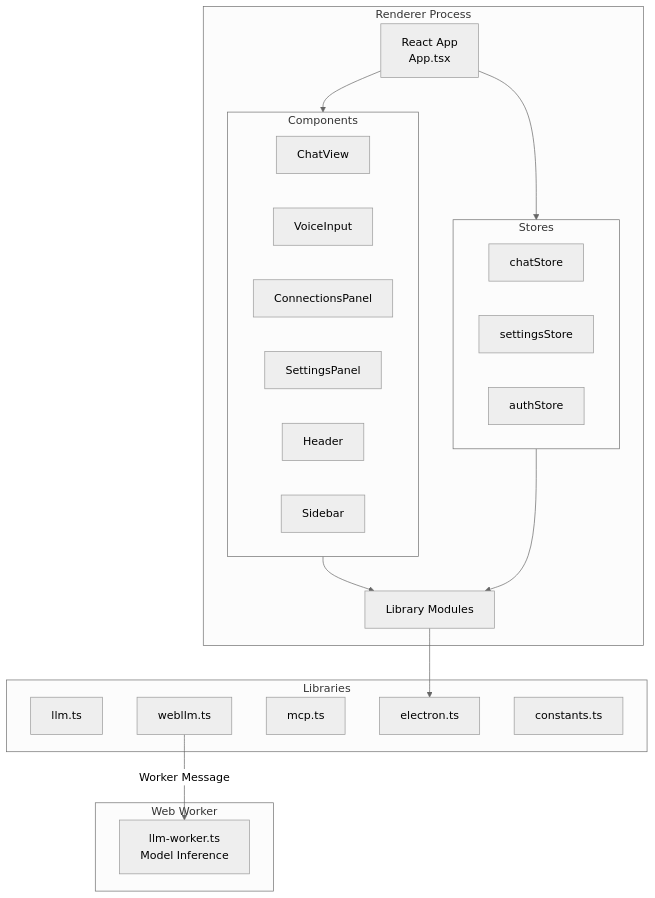
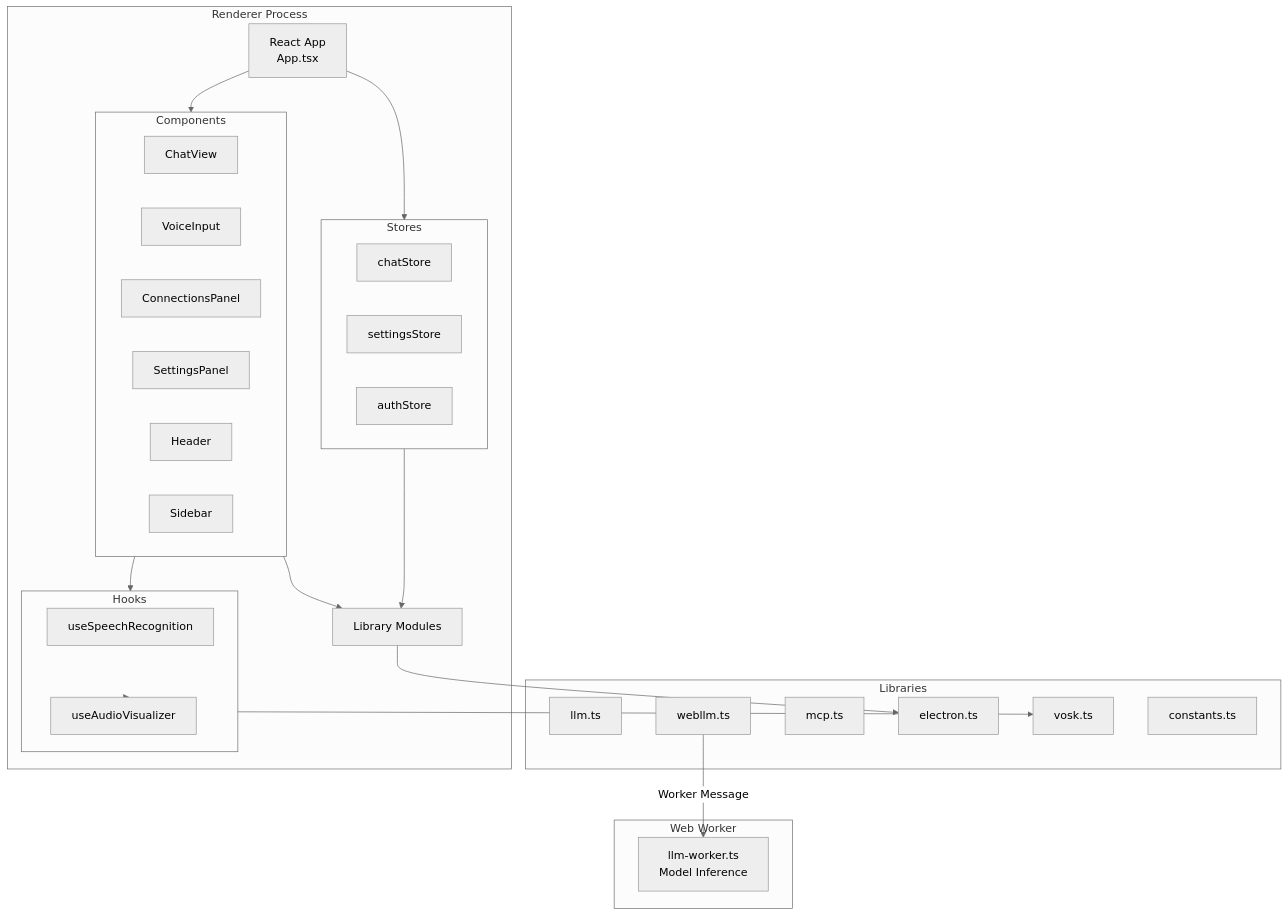
The fourth of 21 diagrams in architecture.md (meharajM/ai-worker.app), drawn with Mermaid (neutral theme) before and after one commit. The commit also changed other lines of this file and 34 other files, not shown here.

Commit message:
feat: Implement local model management and serving for speech recognition, add audio visualizer, and remove client-side text-to-speech functionality and various testing documentation.

````diff
--- a/architecture.md
+++ b/architecture.md
@@ -132,44 +139,54 @@
 ```mermaid
 graph TB
     subgraph "Renderer Process"
         ReactApp[React App<br/>App.tsx]
         Components[UI Components]
         Stores[Zustand Stores]
         Lib[Library Modules]
+        Hooks[Custom Hooks]
     end
 
     subgraph "Components"
         ChatView[ChatView]
         VoiceInput[VoiceInput]
         ConnectionsPanel[ConnectionsPanel]
         SettingsPanel[SettingsPanel]
         Header[Header]
         Sidebar[Sidebar]
     end
 
     subgraph "Stores"
         ChatStore[chatStore]
         SettingsStore[settingsStore]
         AuthStore[authStore]
     end
 
     subgraph "Libraries"
         LLMLib[llm.ts]
         WebLLMLib[webllm.ts]
         MCPLib[mcp.ts]
         ElectronLib[electron.ts]
+        VoskLib[vosk.ts]
         Constants[constants.ts]
+    end
+
+    subgraph "Hooks"
+         UseSpeech[useSpeechRecognition]
+         UseVisualizer[useAudioVisualizer]
     end
 
     ReactApp --> Components
     ReactApp --> Stores
     Components --> Lib
+    Components --> Hooks
+    Hooks --> VoskLib
+    Hooks --> UseVisualizer
     Stores --> Lib
     Lib --> ElectronLib
     
     subgraph "Web Worker"
         LLMWorker[llm-worker.ts<br/>Model Inference]
     end
     
     WebLLMLib -->|Worker Message| LLMWorker
 ```
````
